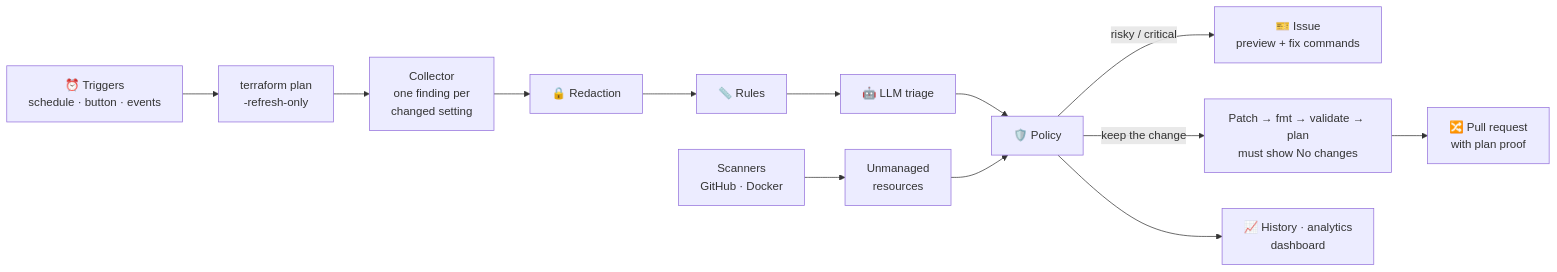
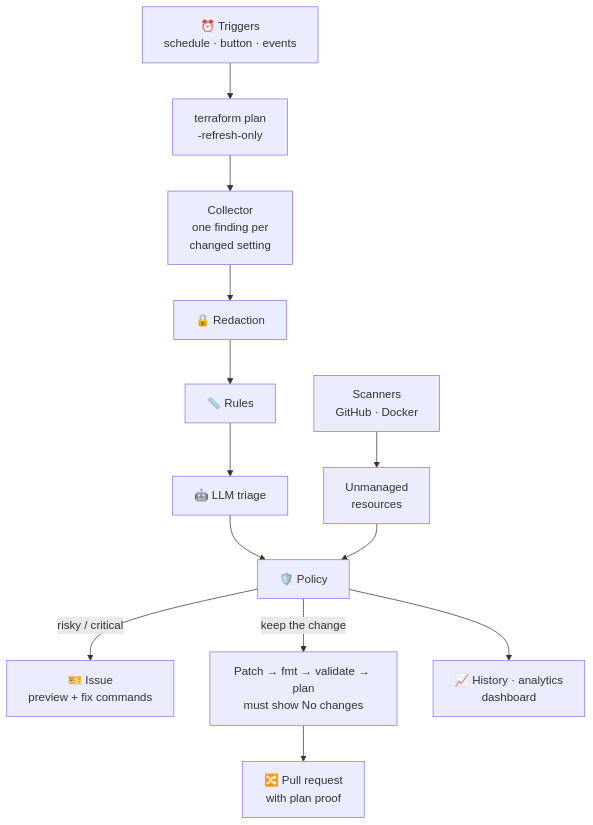
The second of 4 diagrams in README.md (shreytiwari09/DriftPilot-AI-Terraform-Drift-Detector), drawn with Mermaid before and after one commit. The commit also changed other lines of this file and 1 other file, not shown here.

First line of the commit message:
Make the README diagrams and scan screenshot easier to read

````diff
--- a/README.md
+++ b/README.md
@@ -83,11 +83,11 @@
 ```mermaid
-flowchart LR
+flowchart TB
   T["⏰ Triggers<br/>schedule · button · events"] --> P["terraform plan<br/>-refresh-only"]
   P --> C["Collector<br/>one finding per<br/>changed setting"]
   S["Scanners<br/>GitHub · Docker"] --> U["Unmanaged<br/>resources"]
   C --> RD["🔒 Redaction"] --> RU["📏 Rules"] --> L["🤖 LLM triage"] --> PO["🛡️ Policy"]
   U --> PO
   PO -->|"risky / critical"| I["🎫 Issue<br/>preview + fix commands"]
   PO -->|"keep the change"| V["Patch → fmt → validate → plan<br/>must show No changes"] --> PR["🔀 Pull request<br/>with plan proof"]
   PO --> H["📈 History · analytics<br/>dashboard"]
 ```
````
